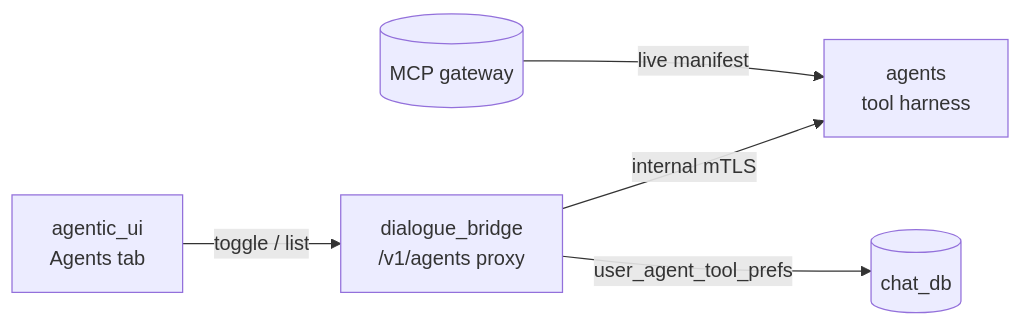
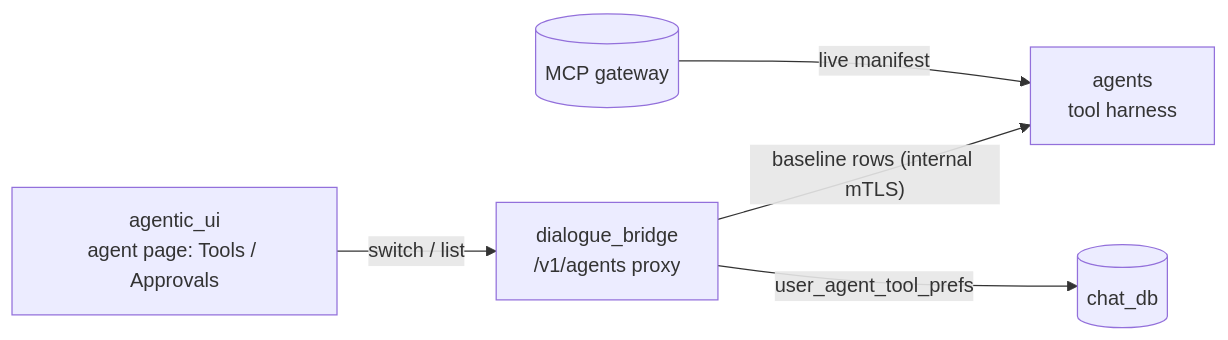
One commit to konstantinosmpouros/mAgenticX changed the first of 5 diagrams in docs/development/tool-harness.md. Above: the diagram before and after it, drawn with Mermaid. The commit also changed other lines of this file and 26 other files, not shown here.

````diff
--- a/docs/development/tool-harness.md
+++ b/docs/development/tool-harness.md
@@ -16,7 +17,7 @@
 ```mermaid
 flowchart LR
-    UI["agentic_ui<br/>Agents tab"] -->|"toggle / list"| BR["dialogue_bridge<br/>/v1/agents proxy"]
-    BR -->|"internal mTLS"| AG["agents<br/>tool harness"]
+    UI["agentic_ui<br/>agent page: Tools / Approvals"] -->|"switch / list"| BR["dialogue_bridge<br/>/v1/agents proxy"]
+    BR -->|"baseline rows (internal mTLS)"| AG["agents<br/>tool harness"]
     GW[("MCP gateway")] -->|"live manifest"| AG
     BR -->|"user_agent_tool_prefs"| PG[("chat_db")]
 ```
````
